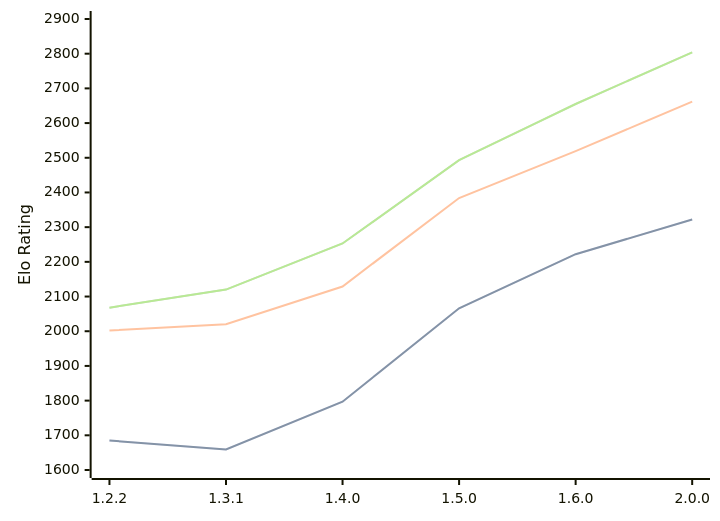
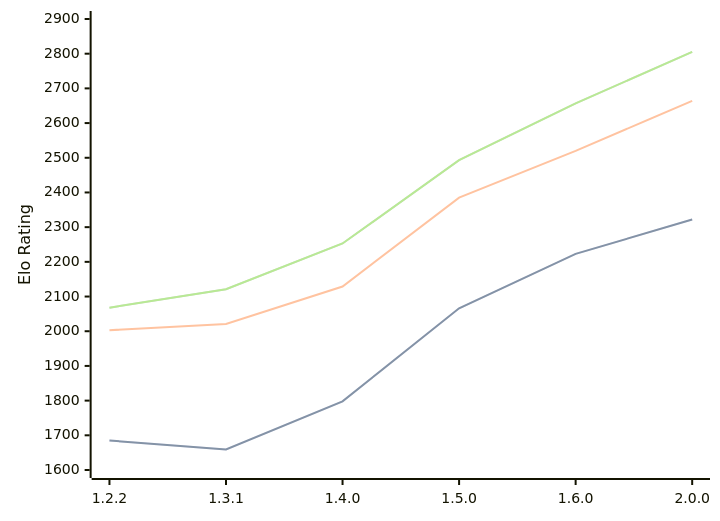
The diagram in engines/SoloEngine.md (computer-chess-index/cci), drawn with Mermaid before and after one commit. The commit also changed other lines of this file, not shown here.

Commit message:
Update CCI Ratings (ELO VLTC) - 2026-05-06

````diff
--- a/engines/SoloEngine.md
+++ b/engines/SoloEngine.md
@@ -37,11 +37,11 @@
 ```mermaid
 %%{init: {"theme":"base","themeVariables":{"seriesColors:['#a3a3a3','#222221','#faa371']}}}%%
 xychart-beta
   x-axis ["1.2.2", "1.3.1", "1.4.0", "1.5.0", "1.6.0", "2.0.0"]
   y-axis "Elo Rating" 1600 --> 2900
-  line "STC (8.0+0.08s)" [1685, 1659, 1797, 2066, 2222, 2322]
-  line "STC (8.0+0.08s)" [1685, 1659, 1797, 2066, 2222, 2322]
-  line "LTC (60.0+0.60s)" [2002, 2020, 2129, 2384, 2519, 2662]
-  line "VLTC (2m24s+1.12s)" [2068, 2120, 2253, 2493, 2655, 2804]
-  line "VLTC (2m24s+1.12s)" [2068, 2120, 2253, 2493, 2655, 2804]
+  line "STC (8.0+0.08s)" [1685, 1659, 1798, 2066, 2223, 2322]
+  line "STC (8.0+0.08s)" [1685, 1659, 1798, 2066, 2223, 2322]
+  line "LTC (60.0+0.60s)" [2003, 2021, 2129, 2385, 2520, 2664]
+  line "VLTC (2m24s+1.12s)" [2068, 2121, 2253, 2493, 2657, 2805]
+  line "VLTC (2m24s+1.12s)" [2068, 2121, 2253, 2493, 2657, 2805]
 ```
````
